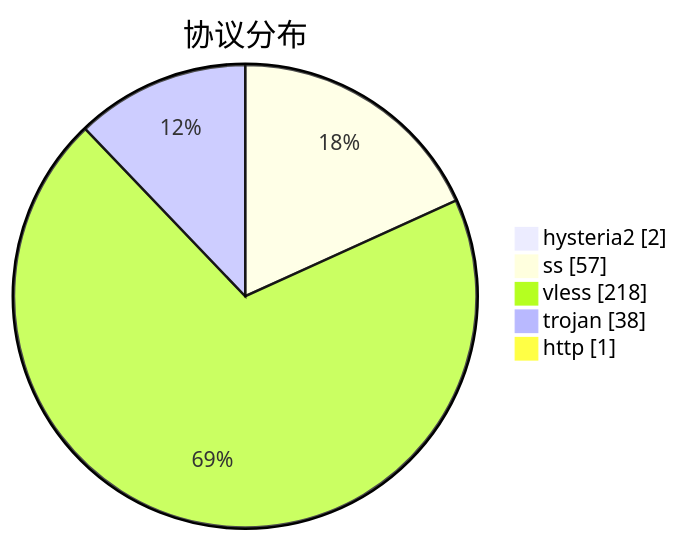
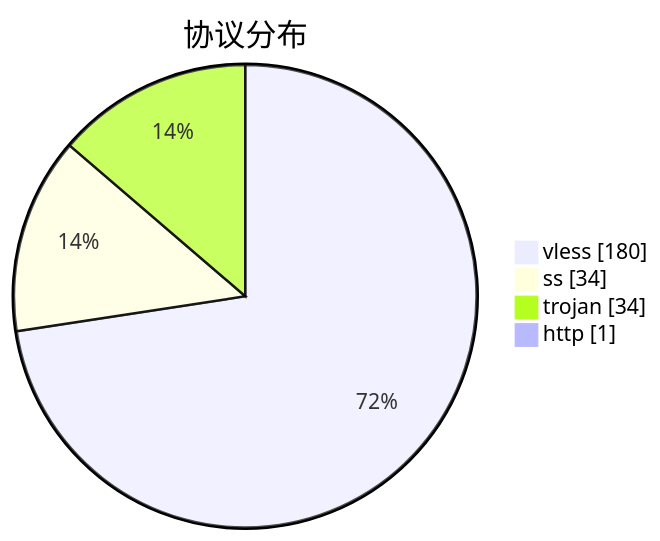
One commit to qjlxg/airport changed the third of 3 diagrams in subs/statistics/tested_within.md. Above: the diagram before and after it, drawn with Mermaid. The commit also changed other lines of this file and 2 other files, not shown here.

````diff
--- a/subs/statistics/tested_within.md
+++ b/subs/statistics/tested_within.md
@@ -19,9 +18,8 @@
 ```mermaid
 pie showData
 title 协议分布
-"hysteria2" : 2
-"ss" : 57
-"vless" : 218
-"trojan" : 38
+"vless" : 180
+"ss" : 34
+"trojan" : 34
 "http" : 1
 ```
````
